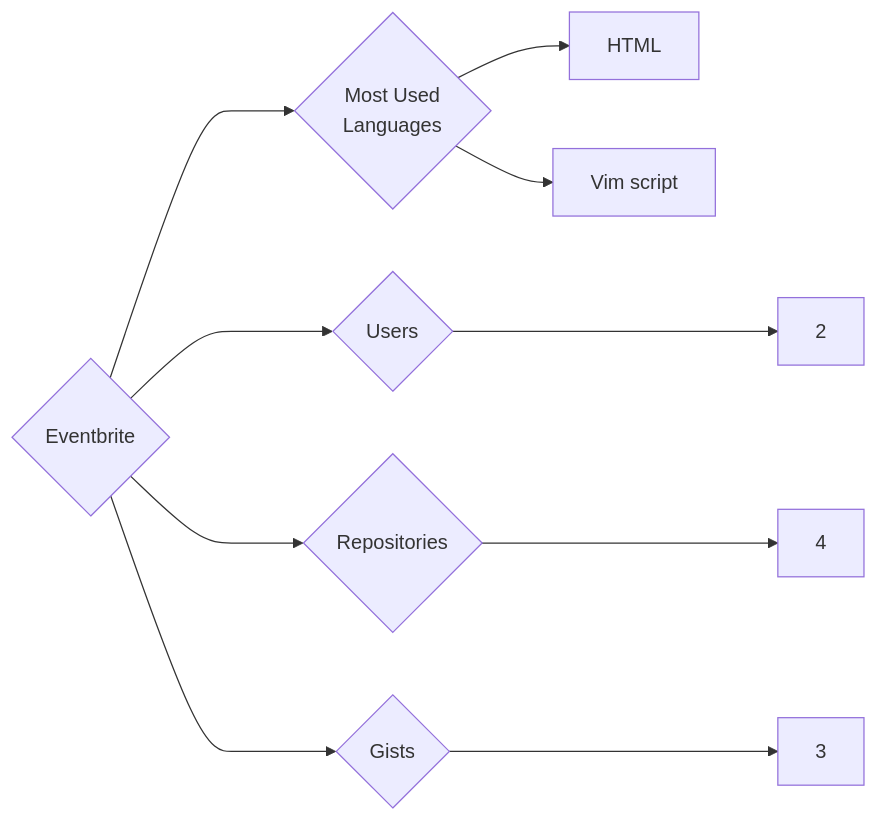
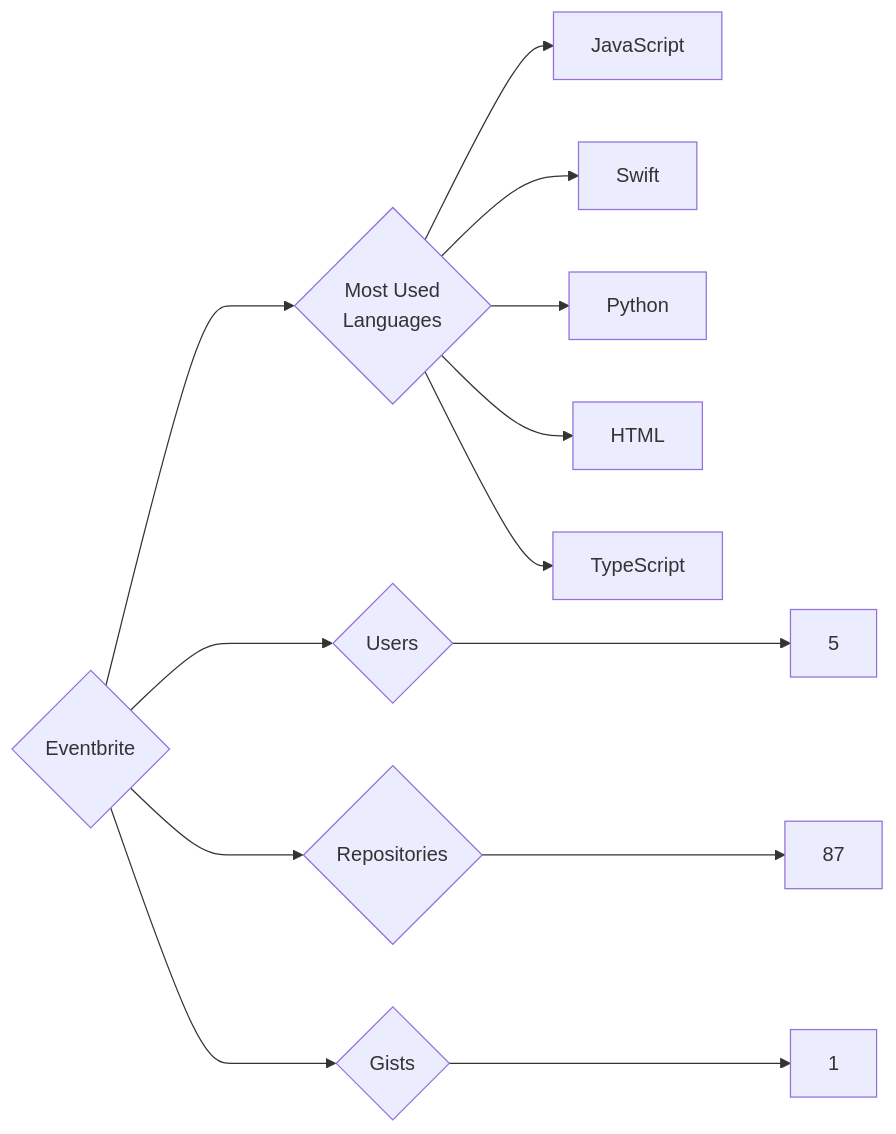
One commit to trickest/insiders changed the diagram in targets/Eventbrite/README.md. Above: the diagram before and after it, drawn with Mermaid. The commit also changed 823 other files, not shown here.

````diff
--- a/targets/Eventbrite/README.md
+++ b/targets/Eventbrite/README.md
@@ -3,10 +3,13 @@
 ```mermaid
 graph LR
 COMPANY_NAME{Eventbrite}
-COMPANY_NAME ---> U{Users} ---> UN[2]
-COMPANY_NAME ---> R{Repositories} ---> RN[4]
-COMPANY_NAME ---> G{Gists} ---> GN[3]
+COMPANY_NAME ---> U{Users} ---> UN[5]
+COMPANY_NAME ---> R{Repositories} ---> RN[87]
+COMPANY_NAME ---> G{Gists} ---> GN[1]
 COMPANY_NAME ---> ML{Most Used<br>Languages}
+ML --> JavaScript[JavaScript]
+ML --> Swift[Swift]
+ML --> Python[Python]
 ML --> HTML[HTML]
-ML --> Vim_script[Vim script]
+ML --> TypeScript[TypeScript]
 ```
````
